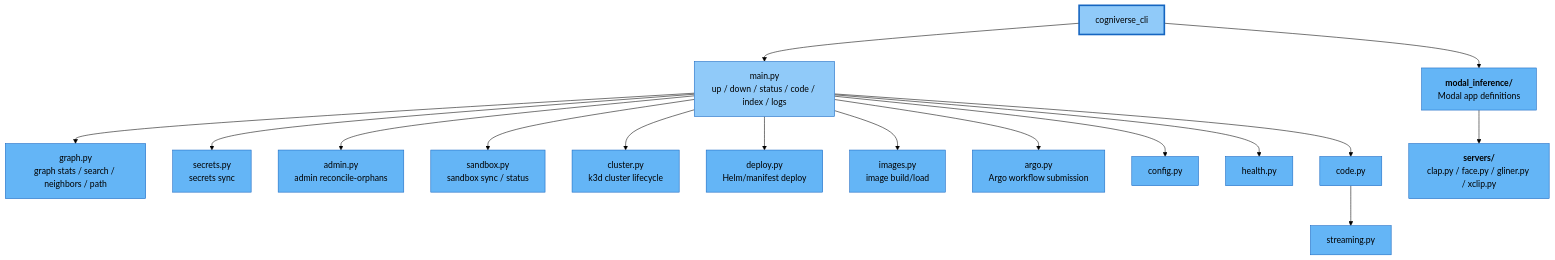
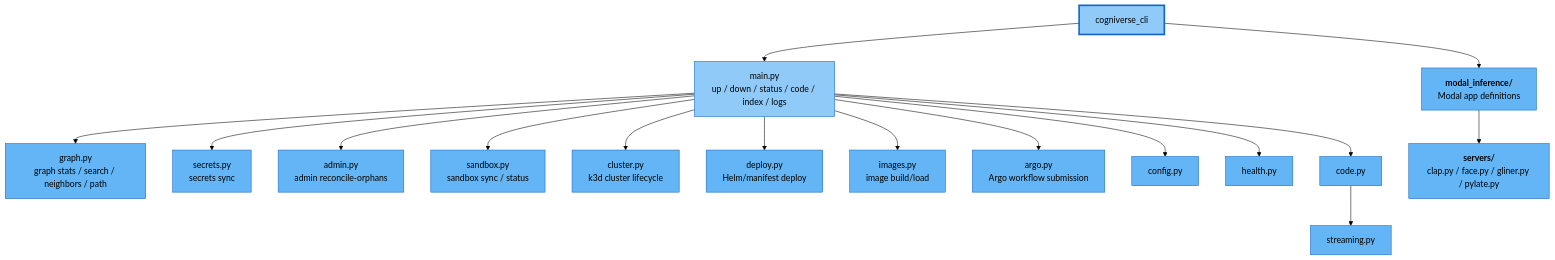
Diagram 14 of 26 in docs/diagrams/sdk-architecture-diagrams.md (amit-jain/cogniverse), drawn with Mermaid (forest theme) before and after one commit. The commit also changed other lines of this file and 161 other files, not shown here.

````diff
--- a/docs/diagrams/sdk-architecture-diagrams.md
+++ b/docs/diagrams/sdk-architecture-diagrams.md
@@ -858,53 +858,53 @@
 ```mermaid
 flowchart TB
     CliPkg["<span style='color:#000'>cogniverse_cli</span>"]
 
     MainCli["<span style='color:#000'>main.py<br/>up / down / status / code / index / logs</span>"]
     GraphGroup["<span style='color:#000'>graph.py<br/>graph stats / search / neighbors / path</span>"]
     SecretsGroup["<span style='color:#000'>secrets.py<br/>secrets sync</span>"]
     AdminGroup["<span style='color:#000'>admin.py<br/>admin reconcile-orphans</span>"]
     SandboxGroup["<span style='color:#000'>sandbox.py<br/>sandbox sync / status</span>"]
     ClusterMod["<span style='color:#000'>cluster.py<br/>k3d cluster lifecycle</span>"]
     DeployMod["<span style='color:#000'>deploy.py<br/>Helm/manifest deploy</span>"]
     ImagesMod["<span style='color:#000'>images.py<br/>image build/load</span>"]
     ArgoMod["<span style='color:#000'>argo.py<br/>Argo workflow submission</span>"]
     ConfigMod["<span style='color:#000'>config.py</span>"]
     HealthMod["<span style='color:#000'>health.py</span>"]
     StreamingMod["<span style='color:#000'>streaming.py</span>"]
     CodeMod["<span style='color:#000'>code.py</span>"]
     ModalInference["<span style='color:#000'><b>modal_inference/</b><br/>Modal app definitions</span>"]
-    ModalServers["<span style='color:#000'><b>servers/</b><br/>clap.py / face.py / gliner.py / xclip.py</span>"]
+    ModalServers["<span style='color:#000'><b>servers/</b><br/>clap.py / face.py / gliner.py / pylate.py</span>"]
 
     CliPkg --> MainCli
     MainCli --> GraphGroup
     MainCli --> SecretsGroup
     MainCli --> AdminGroup
     MainCli --> SandboxGroup
     MainCli --> ClusterMod
     MainCli --> DeployMod
     MainCli --> ImagesMod
     MainCli --> ArgoMod
     MainCli --> ConfigMod
     MainCli --> HealthMod
     MainCli --> CodeMod
     CodeMod --> StreamingMod
     CliPkg --> ModalInference
     ModalInference --> ModalServers
 
     style CliPkg fill:#90caf9,stroke:#1565c0,stroke-width:3px,color:#000
     style MainCli fill:#90caf9,stroke:#1565c0,color:#000
     style GraphGroup fill:#64b5f6,stroke:#1565c0,color:#000
     style SecretsGroup fill:#64b5f6,stroke:#1565c0,color:#000
     style AdminGroup fill:#64b5f6,stroke:#1565c0,color:#000
     style SandboxGroup fill:#64b5f6,stroke:#1565c0,color:#000
     style ClusterMod fill:#64b5f6,stroke:#1565c0,color:#000
     style DeployMod fill:#64b5f6,stroke:#1565c0,color:#000
     style ImagesMod fill:#64b5f6,stroke:#1565c0,color:#000
     style ArgoMod fill:#64b5f6,stroke:#1565c0,color:#000
     style ConfigMod fill:#64b5f6,stroke:#1565c0,color:#000
     style HealthMod fill:#64b5f6,stroke:#1565c0,color:#000
     style StreamingMod fill:#64b5f6,stroke:#1565c0,color:#000
     style CodeMod fill:#64b5f6,stroke:#1565c0,color:#000
     style ModalInference fill:#64b5f6,stroke:#1565c0,color:#000
     style ModalServers fill:#64b5f6,stroke:#1565c0,color:#000
 ```
````
